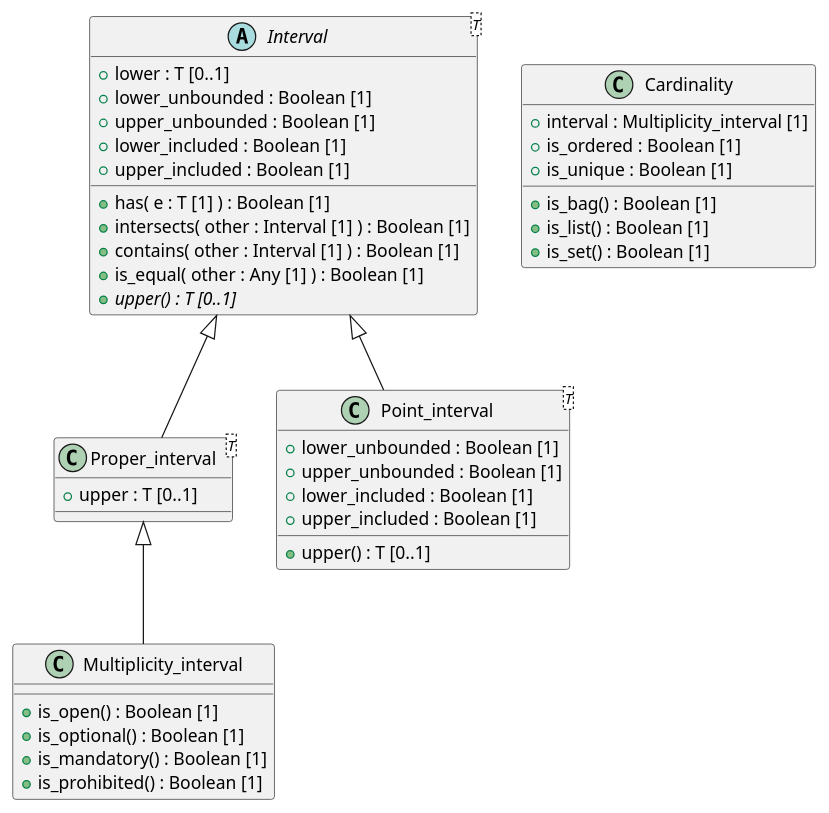
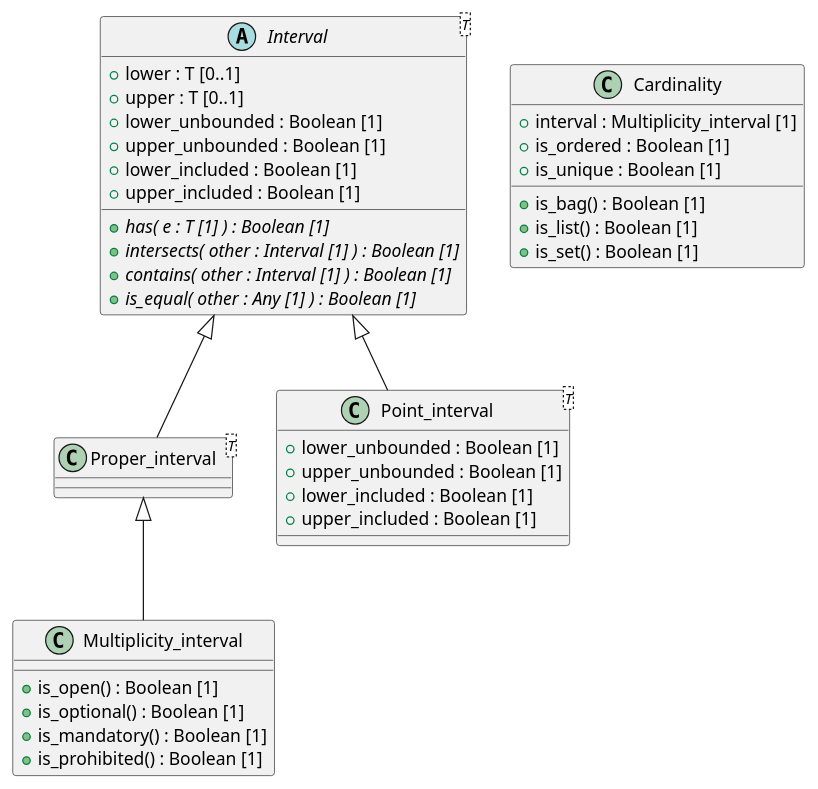
The diagram in code/Adoc/openehr_base_1.3.0/plantUML/packages/org.openehr.base.foundation_types.interval.adoc (sebastian-iancu/code-generator), drawn with PlantUML before and after one commit. The commit also changed 719 other files, not shown here.

```diff
--- a/code/Adoc/openehr_base_1.3.0/plantUML/packages/org.openehr.base.foundation_types.interval.adoc
+++ b/code/Adoc/openehr_base_1.3.0/plantUML/packages/org.openehr.base.foundation_types.interval.adoc
@@ -1,51 +1,49 @@
 [plantuml,interval,format=svg,svg-type="inline"]
 -----
 @startuml
 
 class Multiplicity_interval {
   + is_open() : Boolean [1]
   + is_optional() : Boolean [1]
   + is_mandatory() : Boolean [1]
   + is_prohibited() : Boolean [1]
 }
 
 class Proper_interval <T> {
-  + upper : T [0..1]
 }
 
 abstract class Interval <T> {
   + lower : T [0..1]
+  + upper : T [0..1]
   + lower_unbounded : Boolean [1]
   + upper_unbounded : Boolean [1]
   + lower_included : Boolean [1]
   + upper_included : Boolean [1]
-  + has( e : T [1] ) : Boolean [1]
-  + intersects( other : Interval [1] ) : Boolean [1]
-  + contains( other : Interval [1] ) : Boolean [1]
-  + is_equal( other : Any [1] ) : Boolean [1]
-  + {abstract} upper() : T [0..1]
+  + {abstract} has( e : T [1] ) : Boolean [1]
+  + {abstract} intersects( other : Interval [1] ) : Boolean [1]
+  + {abstract} contains( other : Interval [1] ) : Boolean [1]
+  + {abstract} is_equal( other : Any [1] ) : Boolean [1]
 }
 
 class Point_interval <T> {
   + lower_unbounded : Boolean [1]
   + upper_unbounded : Boolean [1]
   + lower_included : Boolean [1]
   + upper_included : Boolean [1]
-  + upper() : T [0..1]
 }
 
 class Cardinality {
   + interval : Multiplicity_interval [1]
   + is_ordered : Boolean [1]
   + is_unique : Boolean [1]
   + is_bag() : Boolean [1]
   + is_list() : Boolean [1]
   + is_set() : Boolean [1]
 }
 
 Proper_interval <|-- Multiplicity_interval
 Interval <|-- Proper_interval
 Interval <|-- Point_interval
 
 @enduml
 -----
```
